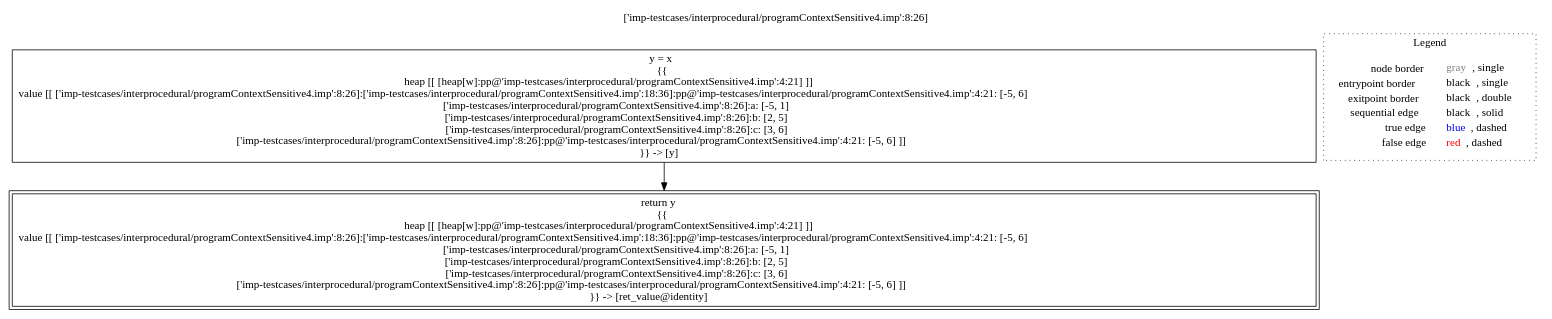
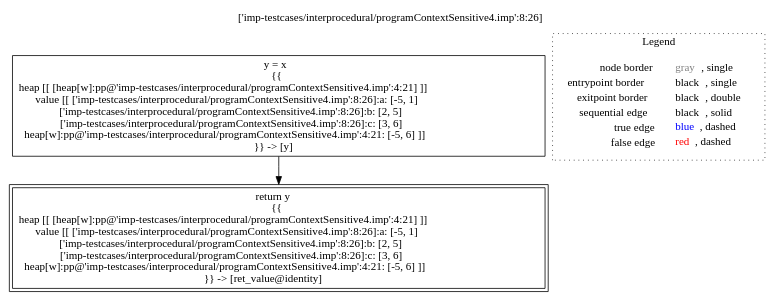
The diagram in lisa/imp-testcases/interprocedural/RTAContextSensitive5/analysis___1603223804_untyped_A.identity(A_this,_untyped_x).dot (lisa-analyzer/lisa), drawn with Graphviz before and after one commit. The commit also changed 8 other files, not shown here.

Commit message:
#95 corrected and improved context sensitive + rta + point-based heap tests

```diff
--- a/lisa/imp-testcases/interprocedural/RTAContextSensitive5/analysis___1603223804_untyped_A.identity(A_this,_untyped_x).dot
+++ b/lisa/imp-testcases/interprocedural/RTAContextSensitive5/analysis___1603223804_untyped_A.identity(A_this,_untyped_x).dot
@@ -1,14 +1,14 @@
 digraph {
 	labelloc="t";
 	label="['imp-testcases/interprocedural/programContextSensitive4.imp':8:26]";
-	"node0" [shape="rect",color="black",label=<y = x<BR/>{{<BR/>heap [[ [heap[w]:pp@'imp-testcases/interprocedural/programContextSensitive4.imp':4:21] ]]<BR/>value [[ ['imp-testcases/interprocedural/programContextSensitive4.imp':8:26]:['imp-testcases/interprocedural/programContextSensitive4.imp':18:36]:pp@'imp-testcases/interprocedural/programContextSensitive4.imp':4:21: [-5, 6]<BR/>['imp-testcases/interprocedural/programContextSensitive4.imp':8:26]:a: [-5, 1]<BR/>['imp-testcases/interprocedural/programContextSensitive4.imp':8:26]:b: [2, 5]<BR/>['imp-testcases/interprocedural/programContextSensitive4.imp':8:26]:c: [3, 6]<BR/>['imp-testcases/interprocedural/programContextSensitive4.imp':8:26]:pp@'imp-testcases/interprocedural/programContextSensitive4.imp':4:21: [-5, 6] ]]<BR/>}} -&gt; [y]>];
-	"node1" [shape="rect",color="black",peripheries="2",label=<return y<BR/>{{<BR/>heap [[ [heap[w]:pp@'imp-testcases/interprocedural/programContextSensitive4.imp':4:21] ]]<BR/>value [[ ['imp-testcases/interprocedural/programContextSensitive4.imp':8:26]:['imp-testcases/interprocedural/programContextSensitive4.imp':18:36]:pp@'imp-testcases/interprocedural/programContextSensitive4.imp':4:21: [-5, 6]<BR/>['imp-testcases/interprocedural/programContextSensitive4.imp':8:26]:a: [-5, 1]<BR/>['imp-testcases/interprocedural/programContextSensitive4.imp':8:26]:b: [2, 5]<BR/>['imp-testcases/interprocedural/programContextSensitive4.imp':8:26]:c: [3, 6]<BR/>['imp-testcases/interprocedural/programContextSensitive4.imp':8:26]:pp@'imp-testcases/interprocedural/programContextSensitive4.imp':4:21: [-5, 6] ]]<BR/>}} -&gt; [ret_value@identity]>];
+	"node0" [shape="rect",color="black",label=<y = x<BR/>{{<BR/>heap [[ [heap[w]:pp@'imp-testcases/interprocedural/programContextSensitive4.imp':4:21] ]]<BR/>value [[ ['imp-testcases/interprocedural/programContextSensitive4.imp':8:26]:a: [-5, 1]<BR/>['imp-testcases/interprocedural/programContextSensitive4.imp':8:26]:b: [2, 5]<BR/>['imp-testcases/interprocedural/programContextSensitive4.imp':8:26]:c: [3, 6]<BR/>heap[w]:pp@'imp-testcases/interprocedural/programContextSensitive4.imp':4:21: [-5, 6] ]]<BR/>}} -&gt; [y]>];
+	"node1" [shape="rect",color="black",peripheries="2",label=<return y<BR/>{{<BR/>heap [[ [heap[w]:pp@'imp-testcases/interprocedural/programContextSensitive4.imp':4:21] ]]<BR/>value [[ ['imp-testcases/interprocedural/programContextSensitive4.imp':8:26]:a: [-5, 1]<BR/>['imp-testcases/interprocedural/programContextSensitive4.imp':8:26]:b: [2, 5]<BR/>['imp-testcases/interprocedural/programContextSensitive4.imp':8:26]:c: [3, 6]<BR/>heap[w]:pp@'imp-testcases/interprocedural/programContextSensitive4.imp':4:21: [-5, 6] ]]<BR/>}} -&gt; [ret_value@identity]>];
 	"node0" -> "node1" [color="black"];
 subgraph cluster_legend {
 	label="Legend";
 	style=dotted;
 	node [shape=plaintext];
 	"legend" [label=<<table border="0" cellpadding="2" cellspacing="0" cellborder="0"><tr><td align="right">node border&nbsp;</td><td align="left"><font color="gray">gray</font>, single</td></tr><tr><td align="right">entrypoint border&nbsp;</td><td align="left"><font color="black">black</font>, single</td></tr><tr><td align="right">exitpoint border&nbsp;</td><td align="left"><font color="black">black</font>, double</td></tr><tr><td align="right">sequential edge&nbsp;</td><td align="left"><font color="black">black</font>, solid</td></tr><tr><td align="right">true edge&nbsp;</td><td align="left"><font color="blue">blue</font>, dashed</td></tr><tr><td align="right">false edge&nbsp;</td><td align="left"><font color="red">red</font>, dashed</td></tr></table>>];
 }
 
 }
```
